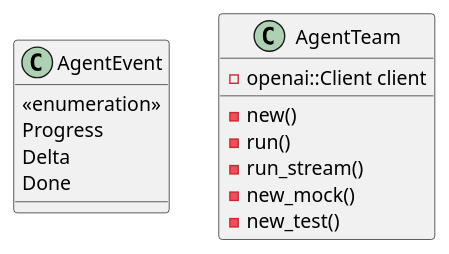
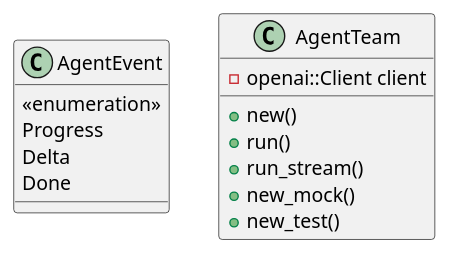
The first of 2 diagrams in openwiki/modules/src/domain/agent/team.md (lgcorzo/fastapi-autogen-team), drawn with PlantUML before and after one commit. The commit also changed other lines of this file and 35 other files, not shown here.

````diff
--- a/openwiki/modules/src/domain/agent/team.md
+++ b/openwiki/modules/src/domain/agent/team.md
@@ -37,18 +37,18 @@
 ```plantuml
 @startuml
     class AgentEvent {
         <<enumeration>>
         Progress
         Delta
         Done
     }
     class AgentTeam {
         -openai::Client client
-        -new()
-        -run()
-        -run_stream()
-        -new_mock()
-        -new_test()
+        +new()
+        +run()
+        +run_stream()
+        +new_mock()
+        +new_test()
     }
 @enduml
 ```
````
